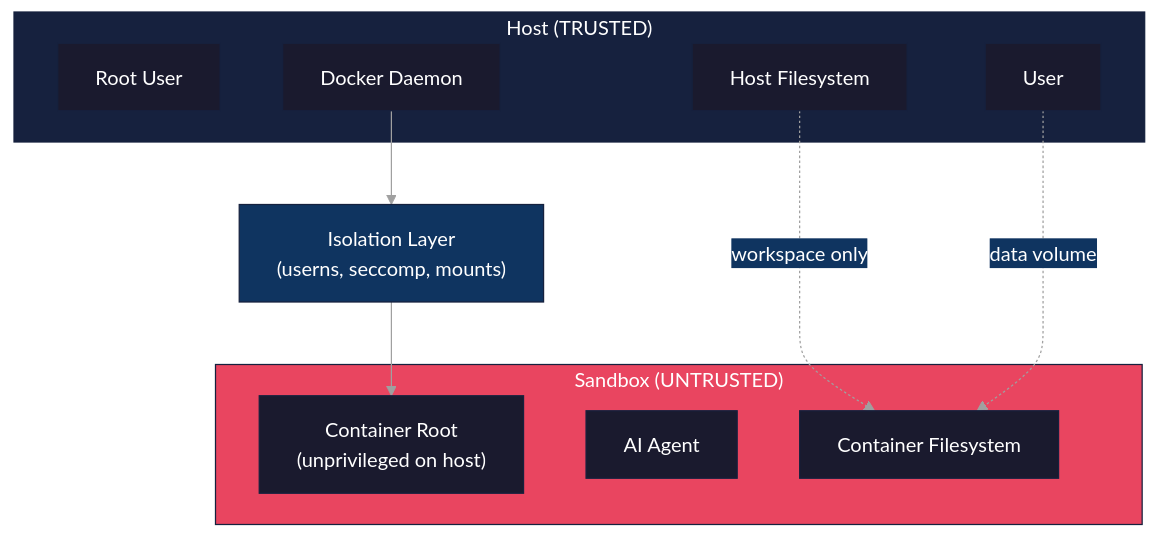
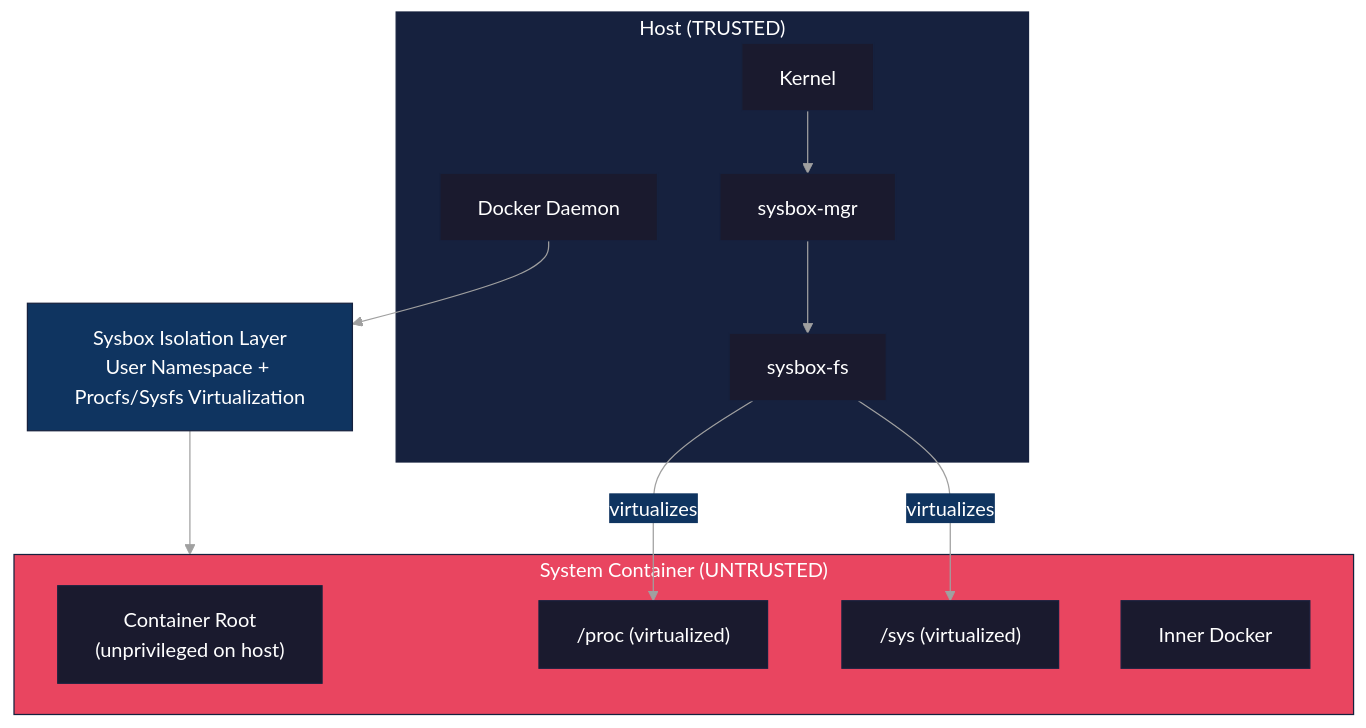
One commit to novotnyllc/ContainAI changed diagram 11 of 11 in docs/architecture.md. Above: the diagram before and after it, drawn with Mermaid. The commit also changed other lines of this file, not shown here.

First line of the commit message:
docs(architecture): rewrite with system container architecture

````diff
--- a/docs/architecture.md
+++ b/docs/architecture.md
@@ -412,37 +636,39 @@
 ```mermaid
 %%{init: {'theme': 'base', 'themeVariables': {
   'primaryColor': '#1a1a2e',
   'primaryTextColor': '#ffffff',
   'primaryBorderColor': '#16213e',
   'secondaryColor': '#0f3460',
   'tertiaryColor': '#1a1a2e',
   'lineColor': '#a0a0a0',
   'textColor': '#ffffff',
   'background': '#0d1117'
 }}}%%
 flowchart TB
     subgraph Host["Host (TRUSTED)"]
-        HostRoot["Root User"]
-        HostUser["User"]
+        HostKernel["Kernel"]
         HostDocker["Docker Daemon"]
-        HostFS["Host Filesystem"]
+        SysboxMgr["sysbox-mgr"]
+        SysboxFS["sysbox-fs"]
     end
 
-    IsolationLayer["Isolation Layer<br/>(userns, seccomp, mounts)"]
+    IsolationLayer["Sysbox Isolation Layer<br/>User Namespace + Procfs/Sysfs Virtualization"]
 
-    subgraph Sandbox["Sandbox (UNTRUSTED)"]
-        SandboxRoot["Container Root<br/>(unprivileged on host)"]
-        AgentProc["AI Agent"]
-        SandboxFS["Container Filesystem"]
+    subgraph Container["System Container (UNTRUSTED)"]
+        ContainerRoot["Container Root<br/>(unprivileged on host)"]
+        ContainerProc["/proc (virtualized)"]
+        ContainerSys["/sys (virtualized)"]
+        InnerDocker["Inner Docker"]
     end
 
+    HostKernel --> SysboxMgr
+    SysboxMgr --> SysboxFS
     HostDocker --> IsolationLayer
-    IsolationLayer --> SandboxRoot
-
-    HostFS -.->|"workspace only"| SandboxFS
-    HostUser -.->|"data volume"| SandboxFS
+    IsolationLayer --> Container
+    SysboxFS -->|"virtualizes"| ContainerProc
+    SysboxFS -->|"virtualizes"| ContainerSys
 
     style Host fill:#16213e,stroke:#16213e,color:#fff
     style IsolationLayer fill:#0f3460,stroke:#16213e,color:#fff
-    style Sandbox fill:#e94560,stroke:#16213e,color:#fff
+    style Container fill:#e94560,stroke:#16213e,color:#fff
 ```
````
